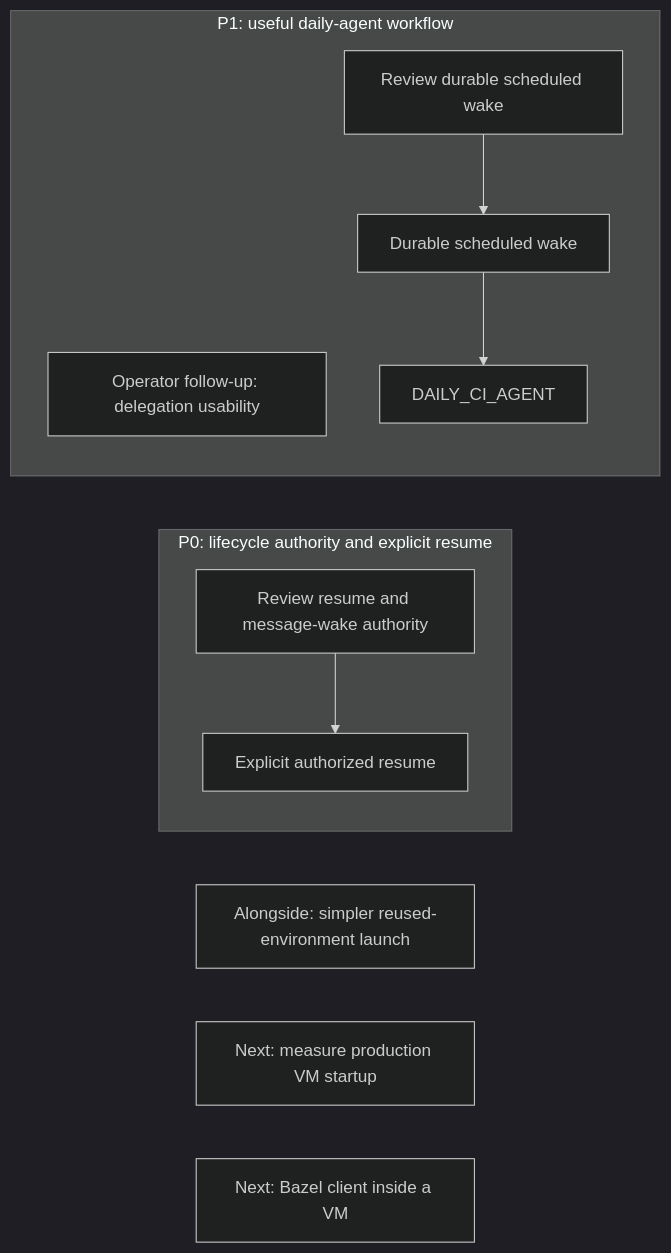
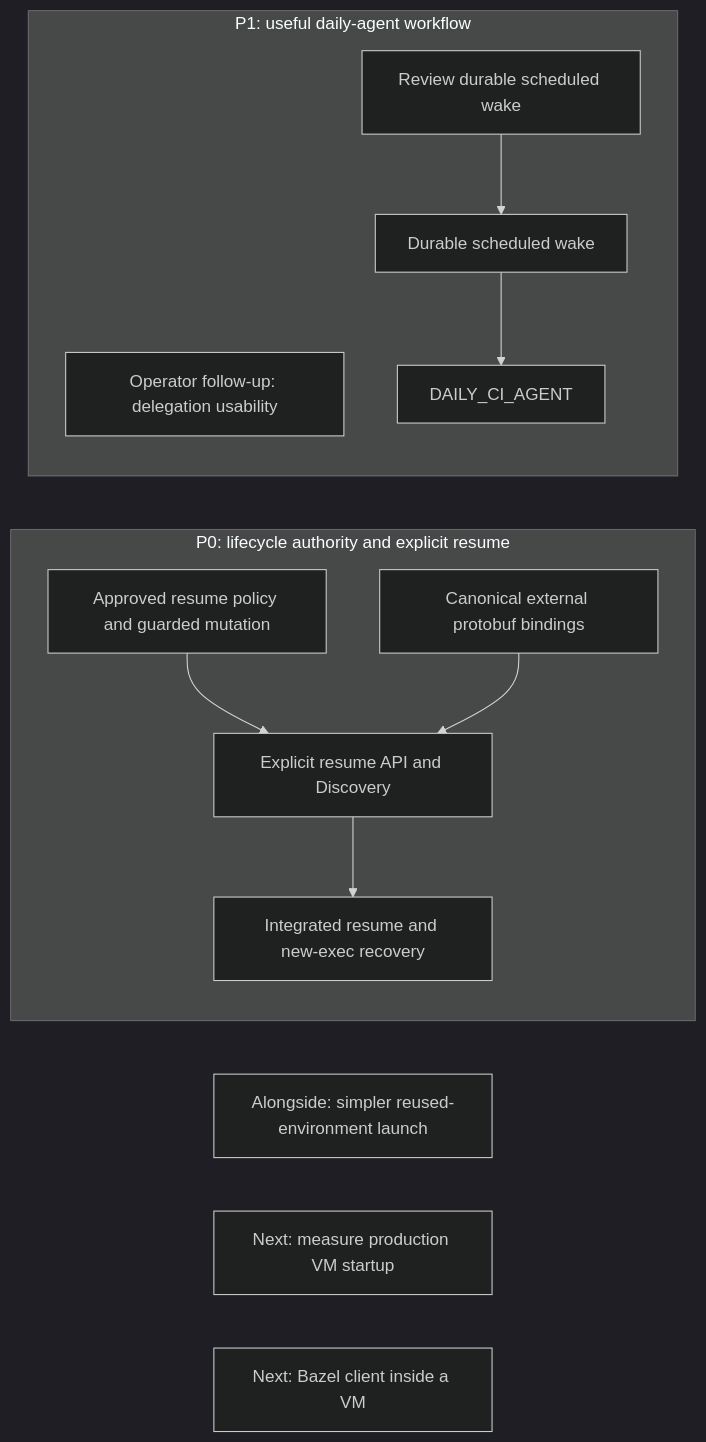
Before and after one commit to agentydragon/ducktape: the first of 18 diagrams in agentplane/plans/task_dag.md, drawn with Mermaid (dark theme). The commit also changed other lines of this file and 1 other file, not shown here.

Commit message:
Record approved resume policy and remaining extraction DAG

````diff
--- a/agentplane/plans/task_dag.md
+++ b/agentplane/plans/task_dag.md
@@ -186,15 +194,18 @@
 ```mermaid
 flowchart LR
     subgraph PRIORITY_ZERO[P0: lifecycle authority and explicit resume]
-        SANDBOX_LIFECYCLE_AUTHORIZATION_DESIGN[Review resume and message-wake authority]
-        SANDBOX_LIFECYCLE_AUTHORIZATION_DESIGN --> EXEC_SUSPENDED_RESUME[Explicit authorized resume]
+        ENVIRONMENT_LIFECYCLE_BACKEND[Approved resume policy and guarded mutation]
+        ENVIRONMENT_RESUME_PROTO_BINDINGS[Canonical external protobuf bindings]
+        ENVIRONMENT_LIFECYCLE_BACKEND --> ENVIRONMENT_RESUME_API[Explicit resume API and Discovery]
+        ENVIRONMENT_RESUME_PROTO_BINDINGS --> ENVIRONMENT_RESUME_API
+        ENVIRONMENT_RESUME_API --> EXEC_SUSPENDED_RESUME[Integrated resume and new-exec recovery]
     end
     subgraph PRIORITY_ONE[P1: useful daily-agent workflow]
         THREAD_CREATE_AUTHORIZATION[Operator follow-up: delegation usability]
         SCHEDULED_AGENT_WAKE_DESIGN[Review durable scheduled wake] --> SCHEDULED_AGENT_WAKE
         SCHEDULED_AGENT_WAKE[Durable scheduled wake] --> DAILY_CI_AGENT
     end
     SESSION_LAUNCH_FRICTION[Alongside: simpler reused-environment launch]
     VM_STARTUP_LATENCY[Next: measure production VM startup]
     LOCAL_BAZEL[Next: Bazel client inside a VM]
 ```
````
